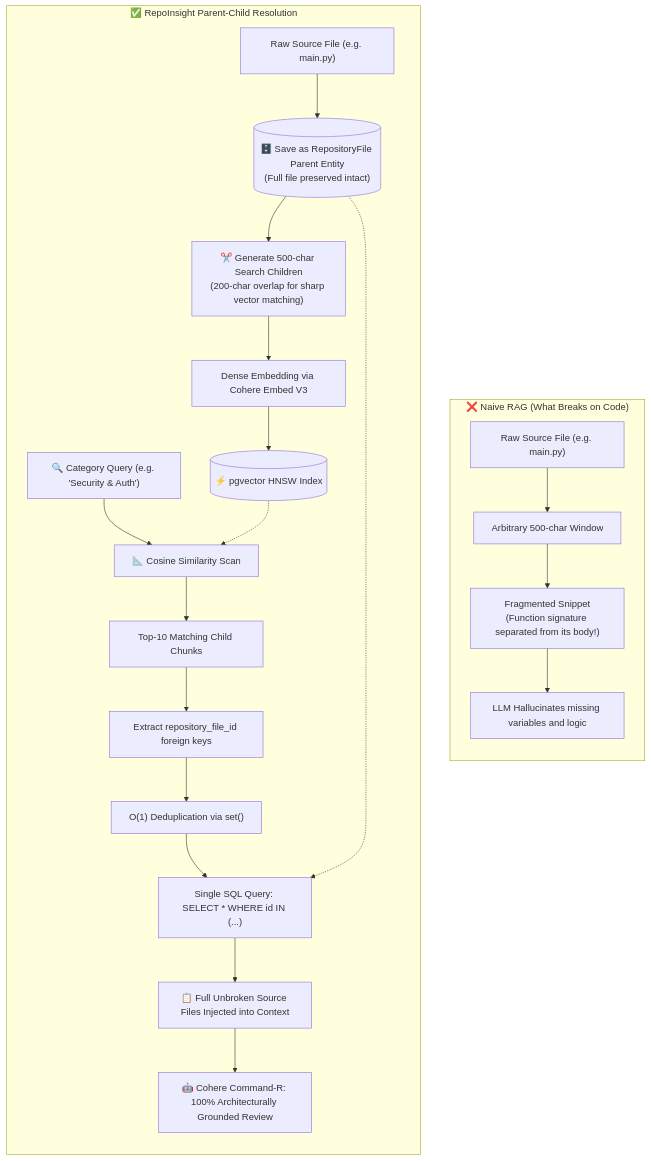
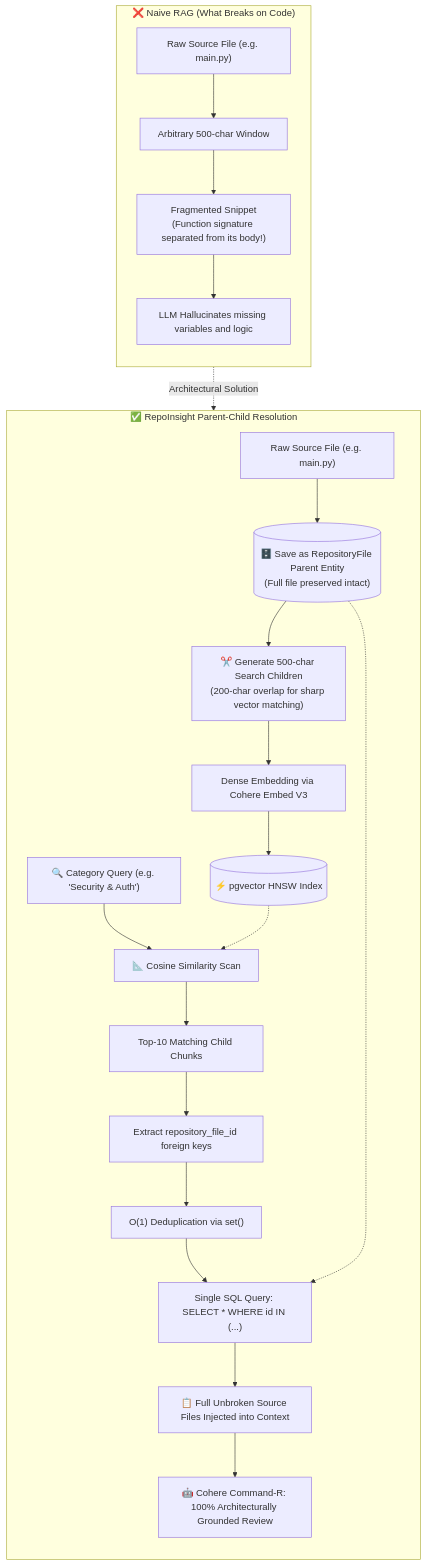
Before and after one commit to geethika1207/RepoInsight-Backend: the second of 4 diagrams in README.md, drawn with Mermaid. The commit also changed other lines of this file, not shown here.

Commit message:
docs: Reorganize analysis pipeline diagram into vertical tiers for full card width

````diff
--- a/README.md
+++ b/README.md
@@ -134,27 +134,29 @@
 ```mermaid
 flowchart TD
     subgraph Naive ["❌ Naive RAG (What Breaks on Code)"]
         direction TB
         RawFile1["Raw Source File (e.g. main.py)"] --> FlatSplit["Arbitrary 500-char Window"]
         FlatSplit --> CutOff["Fragmented Snippet<br/>(Function signature separated from its body!)"]
         CutOff --> BadLLM["LLM Hallucinates missing variables and logic"]
     end
 
     subgraph RepoInsightFlow ["✅ RepoInsight Parent-Child Resolution"]
         direction TB
         RawFile2["Raw Source File (e.g. main.py)"] --> SaveParent[("🗄️ Save as RepositoryFile Parent Entity<br/>(Full file preserved intact)")]
         SaveParent --> MicroChild["✂️ Generate 500-char Search Children<br/>(200-char overlap for sharp vector matching)"]
         MicroChild --> EmbedChild["Dense Embedding via Cohere Embed V3"]
         EmbedChild --> VectorDB[("⚡ pgvector HNSW Index")]
 
         UserQ["🔍 Category Query (e.g. 'Security & Auth')"] --> CosineScan["📐 Cosine Similarity Scan"]
         VectorDB -.-> CosineScan
         CosineScan --> Top10["Top-10 Matching Child Chunks"]
         Top10 --> ExtractFK["Extract repository_file_id foreign keys"]
         ExtractFK --> DedupSet["O(1) Deduplication via set()"]
         DedupSet --> BatchSQL["Single SQL Query: SELECT * WHERE id IN (...)"]
         SaveParent -.-> BatchSQL
         BatchSQL --> FullParentContext["📋 Full Unbroken Source Files Injected into Context"]
         FullParentContext --> GoodLLM["🤖 Cohere Command-R: 100% Architecturally Grounded Review"]
     end
+
+    Naive -.->|Architectural Solution| RepoInsightFlow
 ```
````
